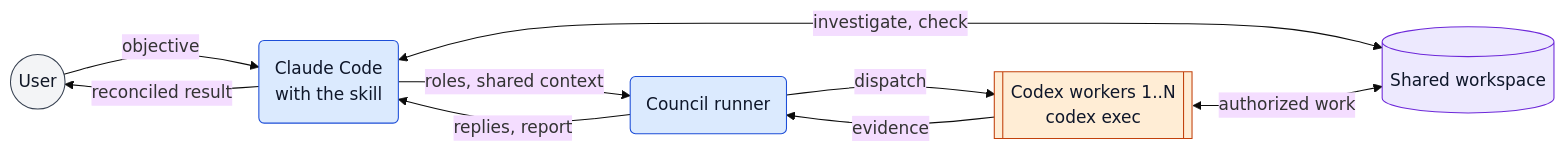
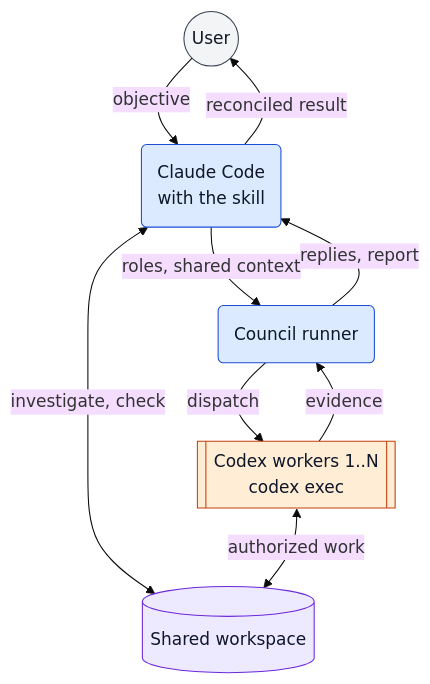
The diagram in docs/diagrams/d00-context.mmd (ehzawad/codex-council), drawn with Mermaid (base theme) before and after one commit. The commit also changed 31 other files, not shown here.

```diff
--- a/docs/diagrams/d00-context.mmd
+++ b/docs/diagrams/d00-context.mmd
@@ -1,24 +1,24 @@
-flowchart LR
+flowchart TD
     User(("User"))
     Claude("Claude Code<br/>with the skill")
     Runner("Council runner")
     Workers[["Codex workers 1..N<br/>codex exec"]]
     Workspace[("Shared workspace")]
 
     User -->|"objective"| Claude
+    Claude -->|"reconciled result"| User
+    Claude -->|"roles, shared context"| Runner
+    Runner -->|"replies, report"| Claude
+    Runner -->|"dispatch"| Workers
+    Workers -->|"evidence"| Runner
     Claude <-->|"investigate, check"| Workspace
-    Claude -->|"roles, shared context"| Runner
-    Runner -->|"dispatch"| Workers
     Workers <-->|"authorized work"| Workspace
-    Workers -->|"evidence"| Runner
-    Runner -->|"replies, report"| Claude
-    Claude -->|"reconciled result"| User
 
     classDef person fill:#f3f4f6,stroke:#374151,color:#111827
     classDef ours fill:#dbeafe,stroke:#1d4ed8,color:#0f172a
     classDef ext fill:#ffedd5,stroke:#c2410c,color:#0f172a
     classDef data fill:#ede9fe,stroke:#6d28d9,color:#0f172a
     class User person
     class Claude,Runner ours
     class Workers ext
     class Workspace data
```
